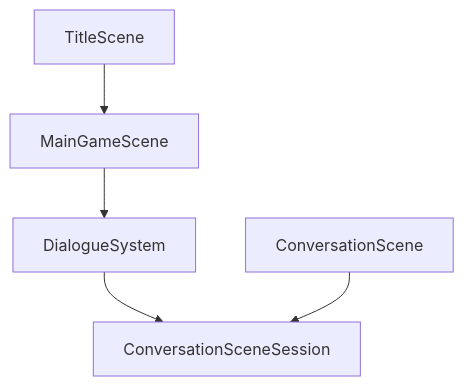
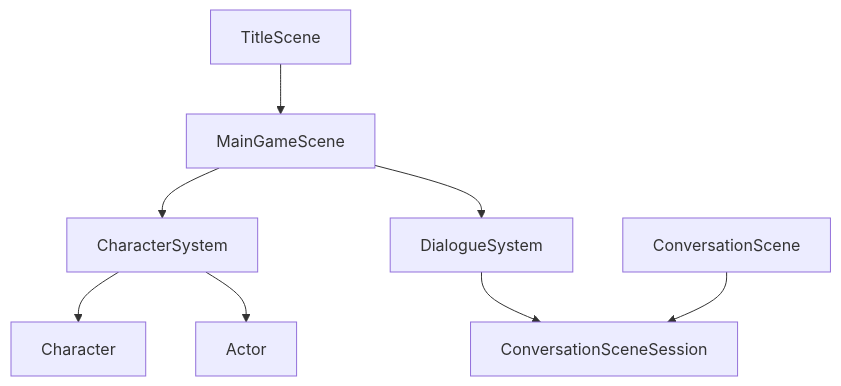
One commit to hachimitu22/negima-festival changed the diagram in docs/詳細設計/ドメイン/シーン/README.md. Above: the diagram before and after it, drawn with Mermaid. The commit also changed other lines of this file and 9 other files, not shown here.

Commit message:
refactor: CharacterSystem 化

````diff
--- a/docs/詳細設計/ドメイン/シーン/README.md
+++ b/docs/詳細設計/ドメイン/シーン/README.md
@@ -16,7 +17,10 @@
 ```mermaid
 flowchart TB
   TitleScene --> MainGameScene
+  MainGameScene --> CharacterSystem
   MainGameScene --> DialogueSystem
+  CharacterSystem --> Character
+  CharacterSystem --> Actor
   DialogueSystem --> ConversationSceneSession
   ConversationScene --> ConversationSceneSession
 ```
````
